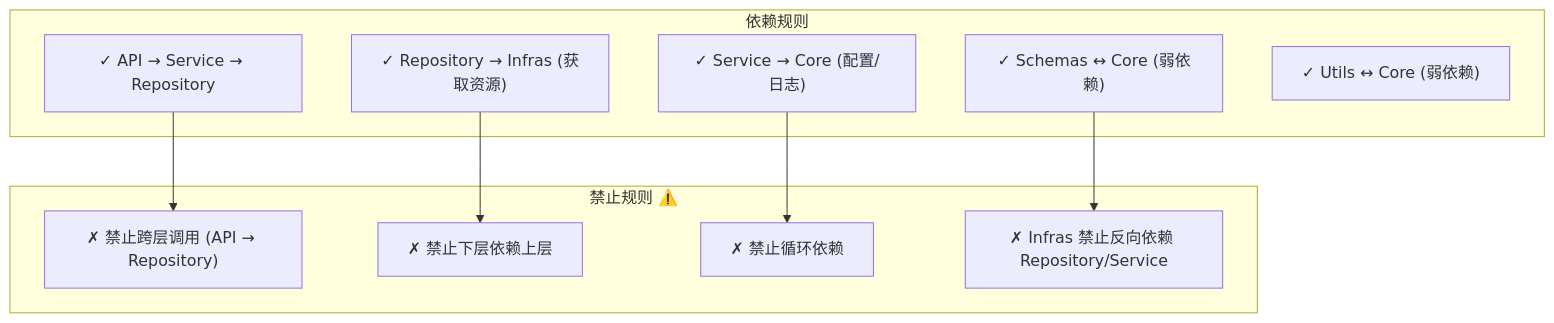
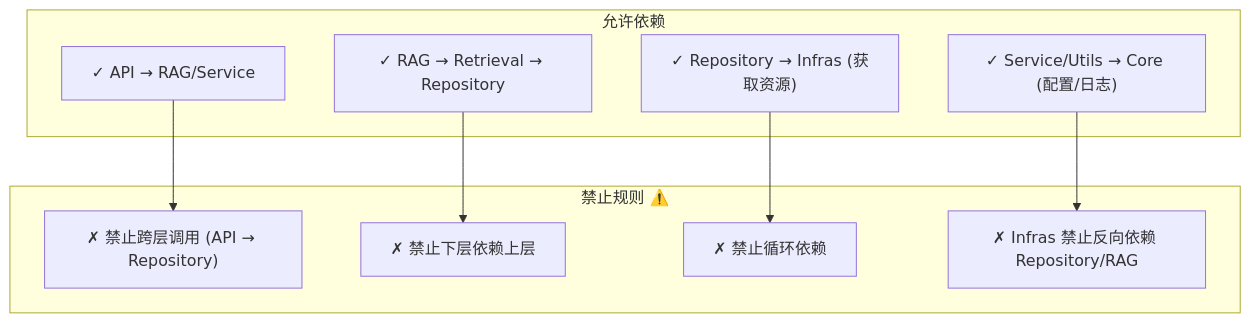
The third of 3 diagrams in README.md (chain-engine/x-rag), drawn with Mermaid before and after one commit. The commit also changed other lines of this file and 63 other files, not shown here.

````diff
--- a/README.md
+++ b/README.md
@@ -314,22 +352,21 @@
 ```mermaid
 graph TD
-    subgraph "依赖规则"
-        R1["✓ API → Service → Repository"]
-        R2["✓ Repository → Infras (获取资源)"]
-        R3["✓ Service → Core (配置/日志)"]
-        R4["✓ Schemas ↔ Core (弱依赖)"]
-        R5["✓ Utils ↔ Core (弱依赖)"]
+    subgraph "允许依赖"
+        R1["✓ API → RAG/Service"]
+        R2["✓ RAG → Retrieval → Repository"]
+        R3["✓ Repository → Infras (获取资源)"]
+        R4["✓ Service/Utils → Core (配置/日志)"]
     end
 
     subgraph "禁止规则 ⚠️"
         D1["✗ 禁止跨层调用 (API → Repository)"]
         D2["✗ 禁止下层依赖上层"]
         D3["✗ 禁止循环依赖"]
-        D4["✗ Infras 禁止反向依赖 Repository/Service"]
+        D4["✗ Infras 禁止反向依赖 Repository/RAG"]
     end
 
     R1 --> D1
     R2 --> D2
     R3 --> D3
     R4 --> D4
 ```
````
